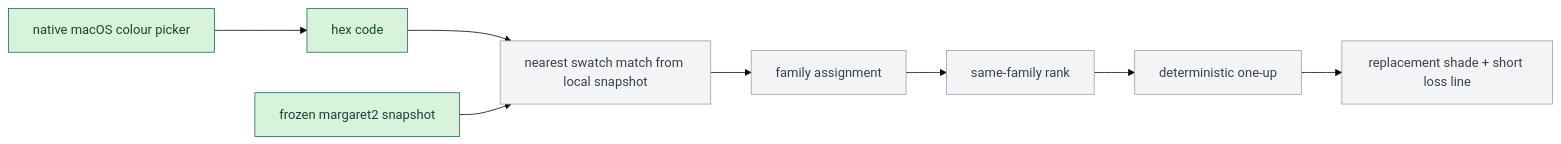
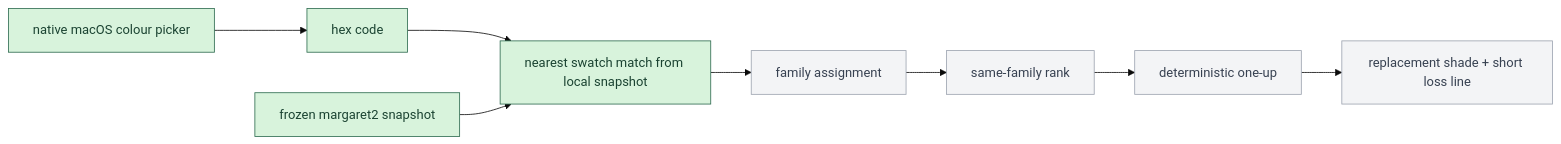
The diagram in docs/diagrams/PIPELINE.md (tryskian/huemiliator), drawn with Mermaid (base theme) before and after one commit. The commit also changed other lines of this file and 12 other files, not shown here.

````diff
--- a/docs/diagrams/PIPELINE.md
+++ b/docs/diagrams/PIPELINE.md
@@ -8,19 +8,19 @@
 ```mermaid
 flowchart LR
   A["native macOS colour picker"]
   B["hex code"]
   S["frozen margaret2 snapshot"]
   C["nearest swatch match from local snapshot"]
   D["family assignment"]
   E["same-family rank"]
   F["deterministic one-up"]
   G["replacement shade + short loss line"]
 
   A --> B --> C --> D --> E --> F --> G
   S --> C
 
   classDef implemented fill:#d8f3dc,stroke:#2d6a4f,color:#1b4332
   classDef pending fill:#f3f4f6,stroke:#9ca3af,color:#374151
-  class A,B,S implemented
-  class C,D,E,F,G pending
+  class A,B,S,C implemented
+  class D,E,F,G pending
 ```
````
